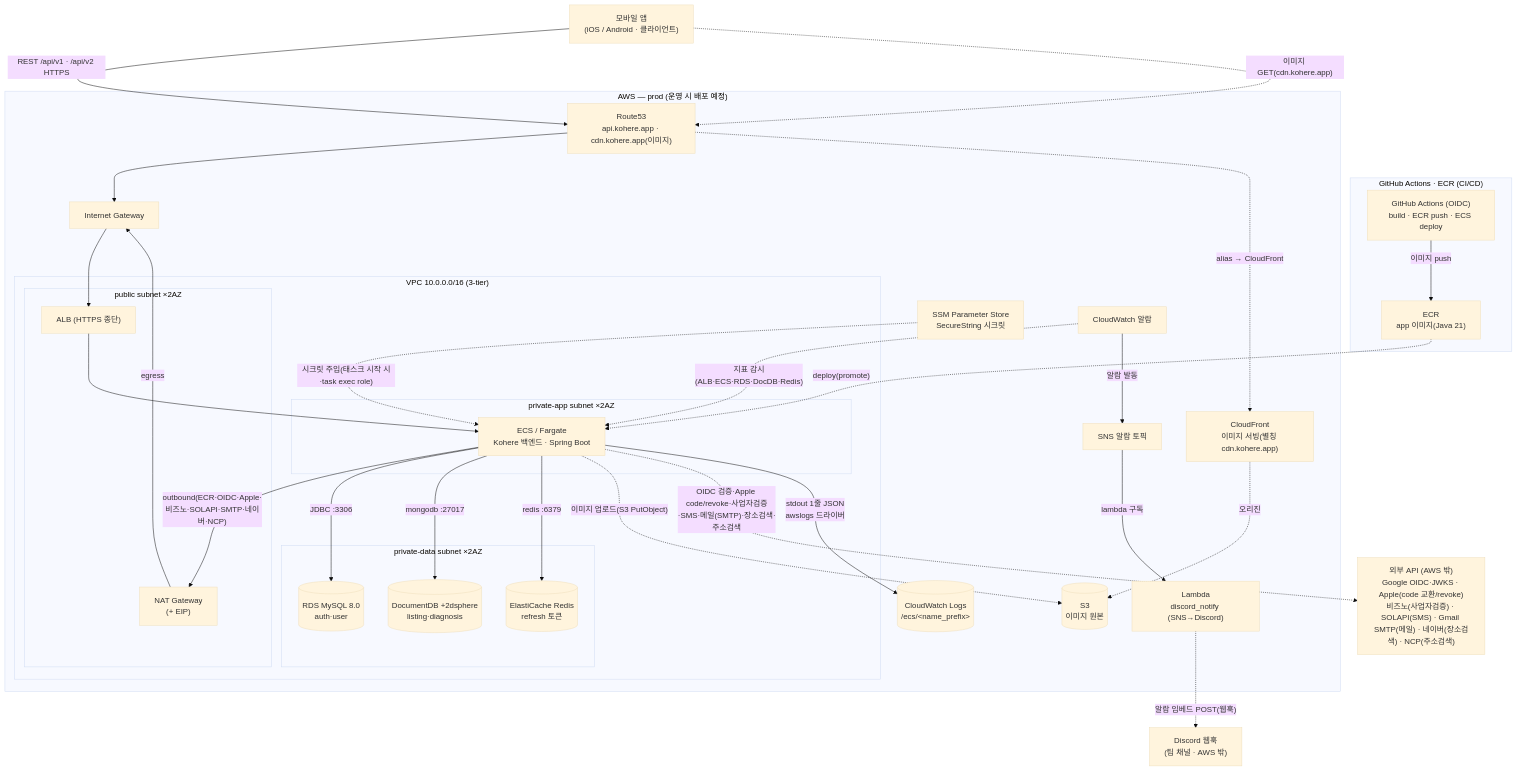
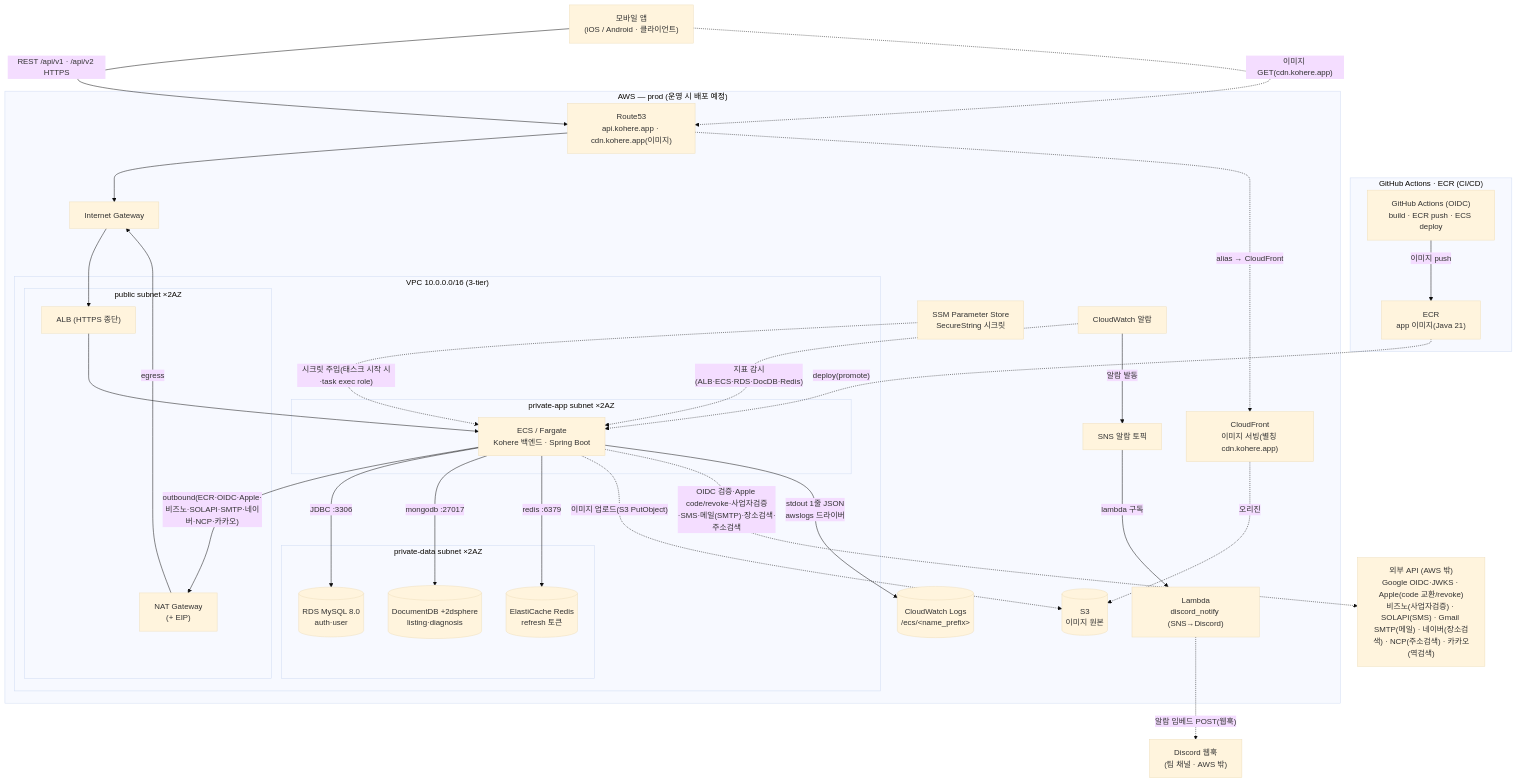
One commit to jameskim9509/Kohere-backend changed the fourth of 5 diagrams in docs/architecture/system-overview.md. Above: the diagram before and after it, drawn with Mermaid (base theme). The commit also changed other lines of this file and 79 other files, not shown here.

````diff
--- a/docs/architecture/system-overview.md
+++ b/docs/architecture/system-overview.md
@@ -212,60 +214,60 @@
 ```mermaid
 flowchart TB
     APP["모바일 앱<br/>(iOS / Android · 클라이언트)"]
-    EXT["외부 API (AWS 밖)<br/>Google OIDC·JWKS · Apple(code 교환/revoke)<br/>비즈노(사업자검증) · SOLAPI(SMS) · Gmail SMTP(메일) · 네이버(장소검색) · NCP(주소검색)"]
+    EXT["외부 API (AWS 밖)<br/>Google OIDC·JWKS · Apple(code 교환/revoke)<br/>비즈노(사업자검증) · SOLAPI(SMS) · Gmail SMTP(메일) · 네이버(장소검색) · NCP(주소검색) · 카카오(역검색)"]
     DISCORD["Discord 웹훅<br/>(팀 채널 · AWS 밖)"]
 
     subgraph CICD["GitHub Actions · ECR (CI/CD)"]
       GHA["GitHub Actions (OIDC)<br/>build · ECR push · ECS deploy"]
       ECR["ECR<br/>app 이미지(Java 21)"]
     end
 
     subgraph AWS["AWS — prod (운영 시 배포 예정)"]
       R53["Route53<br/>api.kohere.app · cdn.kohere.app(이미지)"]
       CF["CloudFront<br/>이미지 서빙(별칭 cdn.kohere.app)"]
       S3IMG[("S3<br/>이미지 원본")]
       SSM["SSM Parameter Store<br/>SecureString 시크릿"]
       CW["CloudWatch 알람"]
       CWLOG[("CloudWatch Logs<br/>/ecs/&lt;name_prefix&gt;")]
       SNS["SNS 알람 토픽"]
       LMBD["Lambda<br/>discord_notify (SNS→Discord)"]
       IGW["Internet Gateway"]
       subgraph VPC["VPC 10.0.0.0/16 (3-tier)"]
         subgraph PUB["public subnet ×2AZ"]
           ALB["ALB (HTTPS 종단)"]
           NAT["NAT Gateway<br/>(+ EIP)"]
         end
         subgraph APPNET["private-app subnet ×2AZ"]
           FARGATE["ECS / Fargate<br/>Kohere 백엔드 · Spring Boot"]
         end
         subgraph DATANET["private-data subnet ×2AZ"]
           RDS[("RDS MySQL 8.0<br/>auth·user")]
           MONGO[("DocumentDB +2dsphere<br/>listing·diagnosis")]
           ELASTI[("ElastiCache Redis<br/>refresh 토큰")]
         end
       end
     end
 
     GHA -- "이미지 push" --> ECR
     ECR -. "deploy(promote)" .-> FARGATE
     APP -- "REST /api/v1 · /api/v2 HTTPS" --> R53
     R53 --> IGW
     IGW --> ALB
     ALB --> FARGATE
-    FARGATE -- "outbound(ECR·OIDC·Apple·비즈노·SOLAPI·SMTP·네이버·NCP)" --> NAT
+    FARGATE -- "outbound(ECR·OIDC·Apple·비즈노·SOLAPI·SMTP·네이버·NCP·카카오)" --> NAT
     NAT -- "egress" --> IGW
     SSM -. "시크릿 주입(태스크 시작 시·task exec role)" .-> FARGATE
     FARGATE -- "JDBC :3306" --> RDS
     FARGATE -- "mongodb :27017" --> MONGO
     FARGATE -- "redis :6379" --> ELASTI
     FARGATE -. "이미지 업로드(S3 PutObject)" .-> S3IMG
     CF -. "오리진" .-> S3IMG
     APP -. "이미지 GET(cdn.kohere.app)" .-> R53
     R53 -. "alias → CloudFront" .-> CF
     FARGATE -. "OIDC 검증·Apple code/revoke·사업자검증·SMS·메일(SMTP)·장소검색·주소검색" .-> EXT
     CW -. "지표 감시(ALB·ECS·RDS·DocDB·Redis)" .-> FARGATE
     FARGATE -- "stdout 1줄 JSON<br/>awslogs 드라이버" --> CWLOG
     CW -- "알람 발동" --> SNS
     SNS -- "lambda 구독" --> LMBD
     LMBD -. "알람 임베드 POST(웹훅)" .-> DISCORD
 ```
````
